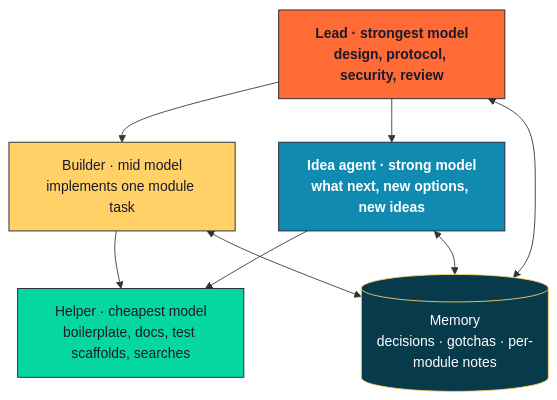
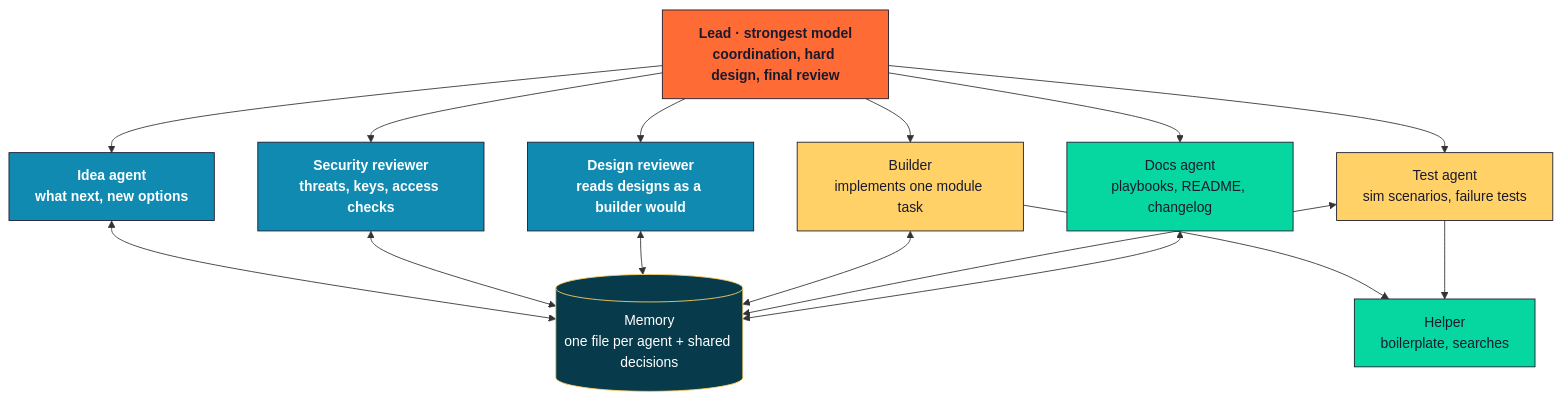
Before and after one commit to ShagnikPal123/Networking-Project: the diagram in docs/design/04-agent-system.md, drawn with Mermaid. The commit also changed other lines of this file, not shown here.

First line of the commit message:
Add specialist agents to the agent system design

````diff
--- a/docs/design/04-agent-system.md
+++ b/docs/design/04-agent-system.md
@@ -8,19 +8,23 @@
 ```mermaid
 flowchart TB
     classDef lead fill:#FF6B35,stroke:#1A1A2E,color:#1A1A2E,font-weight:bold
+    classDef strong fill:#118AB2,stroke:#1A1A2E,color:#FFFFFF,font-weight:bold
     classDef mid fill:#FFD166,stroke:#1A1A2E,color:#1A1A2E
     classDef low fill:#06D6A0,stroke:#1A1A2E,color:#1A1A2E
-    classDef idea fill:#118AB2,stroke:#1A1A2E,color:#FFFFFF,font-weight:bold
     classDef mem fill:#073B4C,stroke:#FFD166,color:#FFFFFF
-    L[Lead · strongest model<br/>design, protocol, security, review]:::lead
-    B[Builder · mid model<br/>implements one module task]:::mid
-    H[Helper · cheapest model<br/>boilerplate, docs, test scaffolds, searches]:::low
-    M[(Memory<br/>decisions · gotchas · per-module notes)]:::mem
-    I[Idea agent · strong model<br/>what next, new options, new ideas]:::idea
-    L --> B --> H
-    L --> I
-    I --> H
-    L <--> M
-    B <--> M
-    I <--> M
+    L[Lead · strongest model<br/>coordination, hard design, final review]:::lead
+    I[Idea agent<br/>what next, new options]:::strong
+    S[Security reviewer<br/>threats, keys, access checks]:::strong
+    D[Design reviewer<br/>reads designs as a builder would]:::strong
+    B[Builder<br/>implements one module task]:::mid
+    T[Test agent<br/>sim scenarios, failure tests]:::mid
+    W[Docs agent<br/>playbooks, README, changelog]:::low
+    H[Helper<br/>boilerplate, searches]:::low
+    M[(Memory<br/>one file per agent + shared decisions)]:::mem
+    L --> I & S & D
+    L --> B & T
+    B --> H
+    T --> H
+    L --> W
+    I & S & D & B & T & W <--> M
 ```
````
